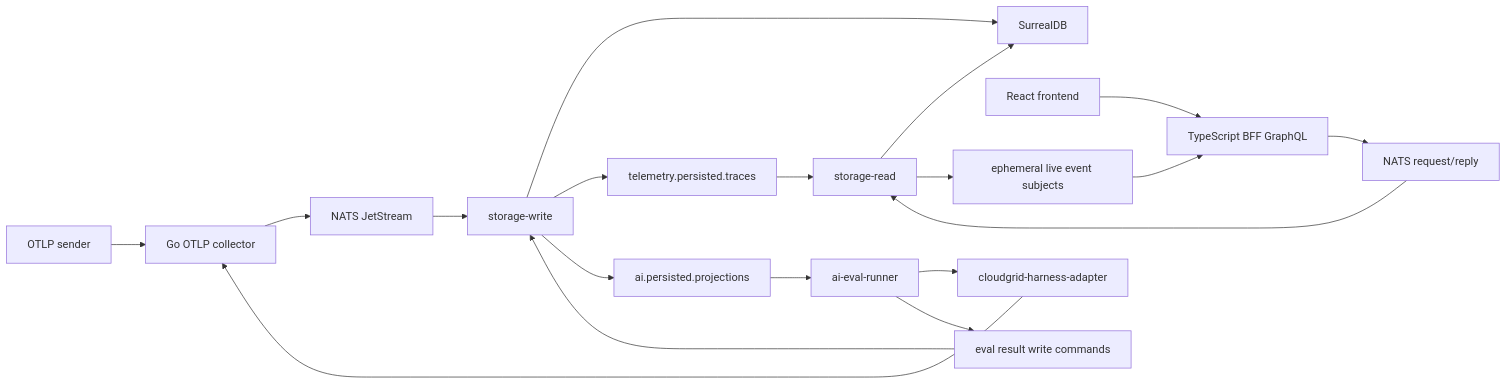
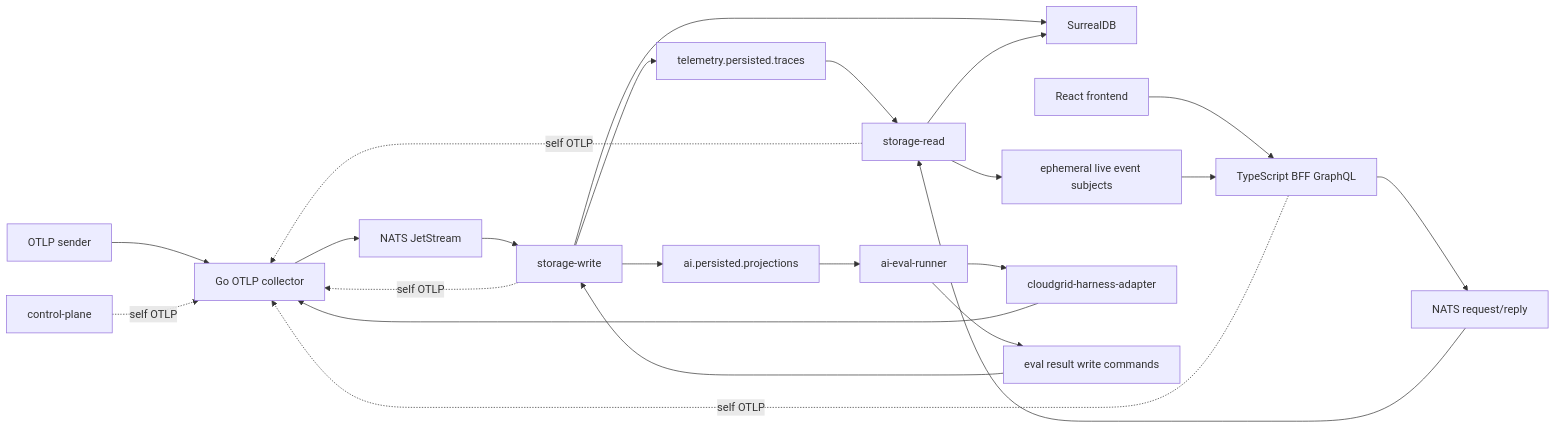
Before and after one commit to cloudgrid/cloudgrid: the diagram in specs/00-architecture-overview.md, drawn with Mermaid. The commit also changed other lines of this file and 309 other files, not shown here.

````diff
--- a/specs/00-architecture-overview.md
+++ b/specs/00-architecture-overview.md
@@ -28,21 +28,25 @@
 ```mermaid
 flowchart LR
   Sender["OTLP sender"] --> Collector["Go OTLP collector"]
   Collector --> JetStream["NATS JetStream"]
   JetStream --> StorageWrite["storage-write"]
   StorageWrite --> SurrealDB["SurrealDB"]
   Frontend["React frontend"] --> BFF["TypeScript BFF GraphQL"]
   BFF --> NATS["NATS request/reply"]
   NATS --> StorageRead["storage-read"]
   StorageRead --> SurrealDB
   StorageWrite --> Persisted["telemetry.persisted.traces"]
   Persisted --> StorageRead
   StorageRead --> LiveEvents["ephemeral live event subjects"]
   LiveEvents --> BFF
   StorageWrite --> AiProjected["ai.persisted.projections"]
   AiProjected --> EvalRunner["ai-eval-runner"]
   EvalRunner --> Harness["cloudgrid-harness-adapter"]
   Harness --> Collector
   EvalRunner --> EvalCommands["eval result write commands"]
   EvalCommands --> StorageWrite
+  BFF -. "self OTLP" .-> Collector
+  StorageRead -. "self OTLP" .-> Collector
+  StorageWrite -. "self OTLP" .-> Collector
+  ControlPlane["control-plane"] -. "self OTLP" .-> Collector
 ```
````
